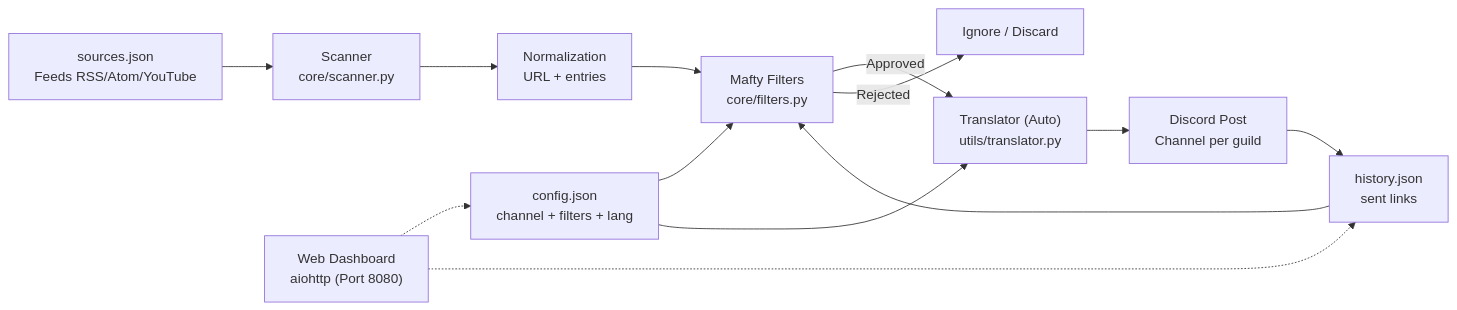
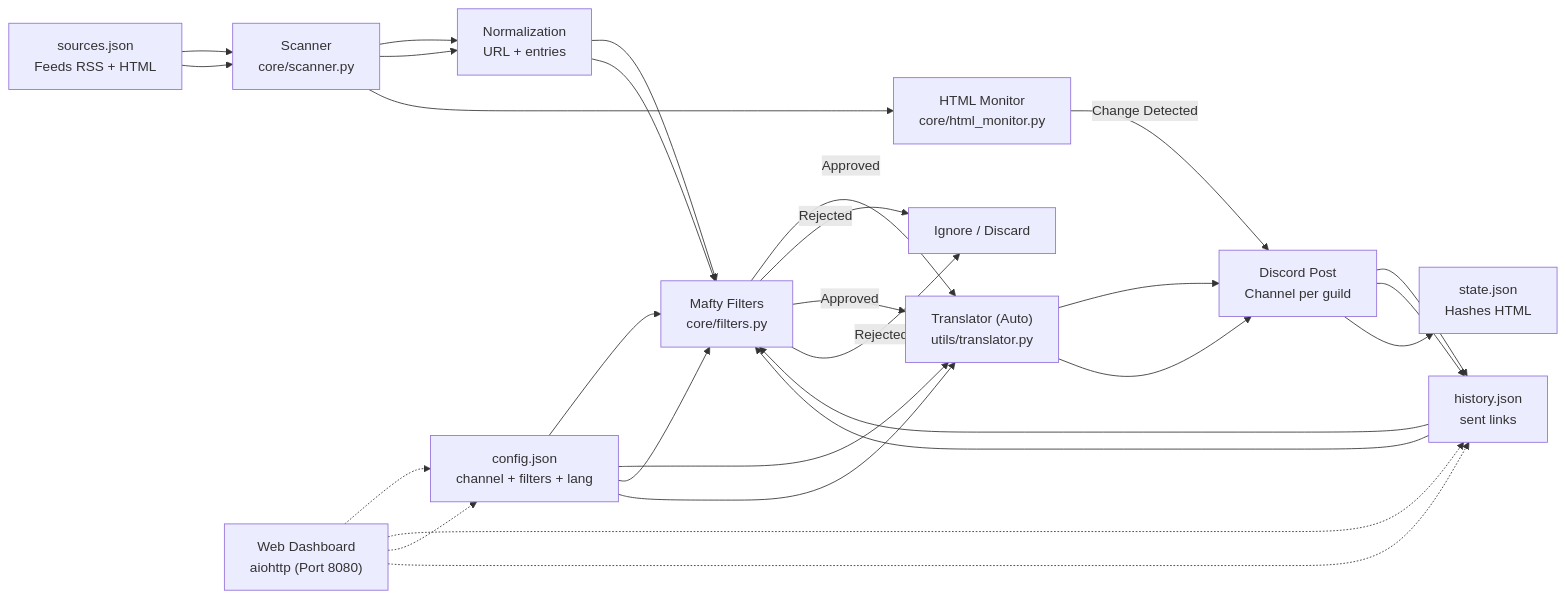
The first of 4 diagrams in README_EN.md (carmipa/gundam-news-discord), drawn with Mermaid before and after one commit. The commit also changed other lines of this file and 4 other files, not shown here.

Commit message:
feat: Introduce HTML monitoring for official sites, centralize feed scanning in `core/scanner.py`, and update the default scan interval.

````diff
--- a/README_EN.md
+++ b/README_EN.md
@@ -63,17 +64,34 @@
 ```mermaid
 flowchart LR
   A["sources.json<br>Feeds RSS/Atom/YouTube"] --> B["Scanner<br>core/scanner.py"]
   B --> C["Normalization<br>URL + entries"]
   C --> D["Mafty Filters<br>core/filters.py"]
   D -->|Approved| E["Translator (Auto)<br>utils/translator.py"]
   E --> F["Discord Post<br>Channel per guild"]
   D -->|Rejected| G["Ignore / Discard"]
 
   H["config.json<br>channel + filters + lang"] --> D
   H --> E
   I["history.json<br>sent links"] --> D
   F --> I
 
   W["Web Dashboard<br>aiohttp (Port 8080)"] .-> H
   W .-> I
+  A["sources.json<br>Feeds RSS + HTML"] --> B["Scanner<br>core/scanner.py"]
+  B --> C["Normalization<br>URL + entries"]
+  B --> J["HTML Monitor<br>core/html_monitor.py"]
+  C --> D["Mafty Filters<br>core/filters.py"]
+  D -->|Approved| E["Translator (Auto)<br>utils/translator.py"]
+  E --> F["Discord Post<br>Channel per guild"]
+  J -->|Change Detected| F
+  D -->|Rejected| G["Ignore / Discard"]
+
+  H["config.json<br>channel + filters + lang"] --> D
+  H --> E
+  I["history.json<br>sent links"] --> D
+  F --> I
+  F --> K["state.json<br>Hashes HTML"]
+
+  W["Web Dashboard<br>aiohttp (Port 8080)"] .-> H
+  W .-> I
 ```
````
